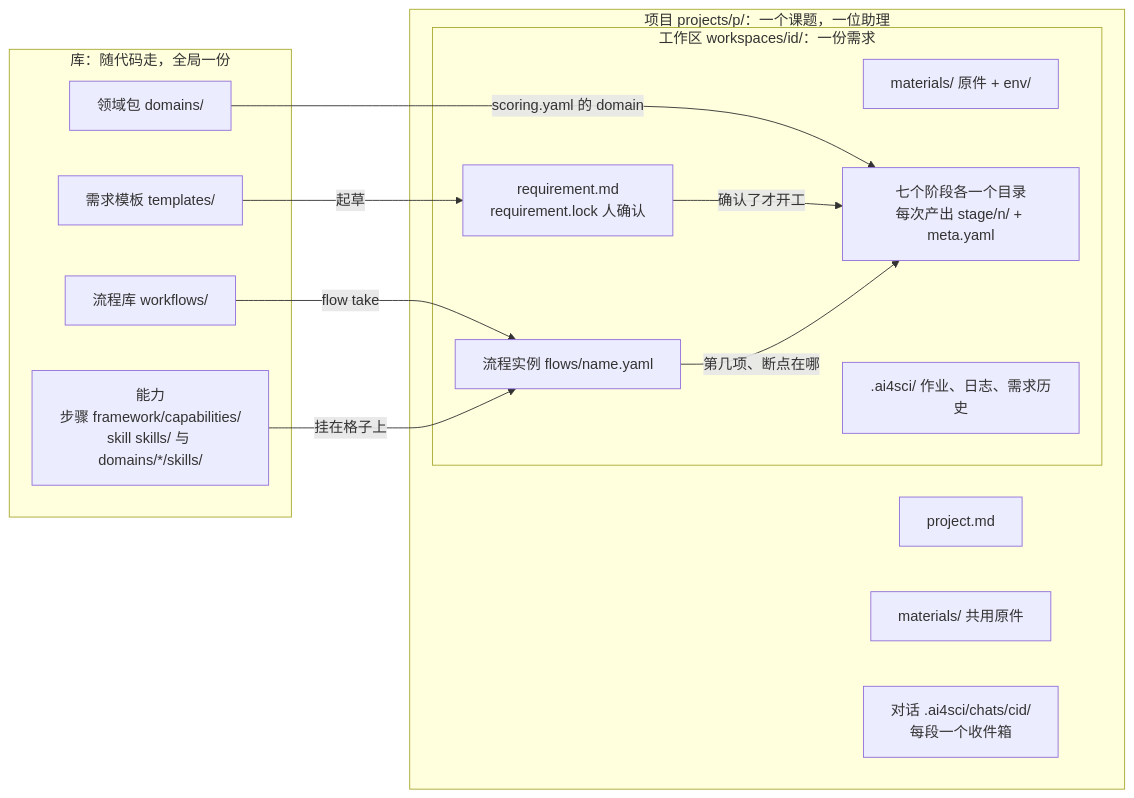
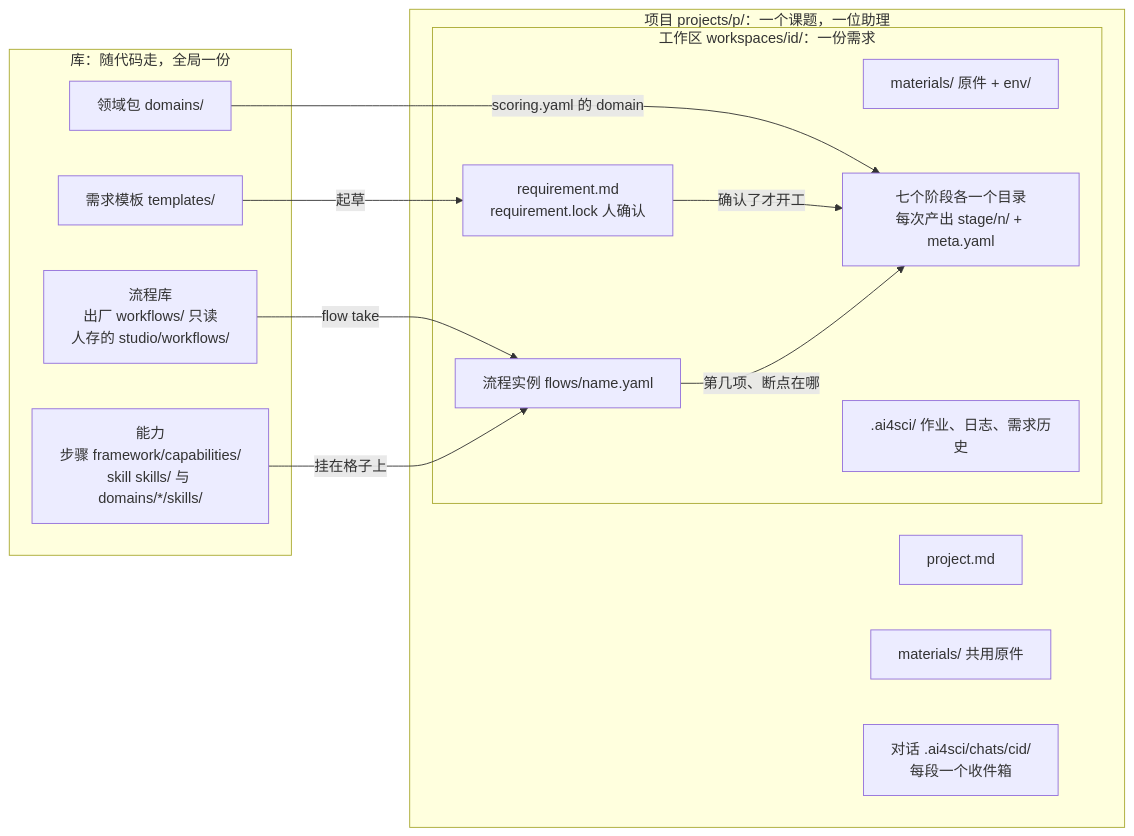
The second of 3 diagrams in docs/architecture/README.md (zephyr4123/TJU-AI4Science), drawn with Mermaid before and after one commit. The commit also changed other lines of this file and 2 other files, not shown here.

Commit message:
纲领 P-15 / P-16 与 workflow.md：流程库分出厂的（workflows/ 只读）与人存的（数据根 studio/workflows/）两层，流程助理只写后者；存放树与分权一节同步，CHANGELOG（#149）

````diff
--- a/docs/architecture/README.md
+++ b/docs/architecture/README.md
@@ -80,27 +80,27 @@
 ```mermaid
 flowchart LR
   subgraph LIB["库：随代码走，全局一份"]
     CAP["能力<br/>步骤 framework/capabilities/<br/>skill skills/ 与 domains/*/skills/"]
-    WF["流程库 workflows/"]
+    WF["流程库<br/>出厂 workflows/ 只读<br/>人存的 studio/workflows/"]
     TPL["需求模板 templates/"]
     DOM["领域包 domains/"]
   end
   subgraph PRJ["项目 projects/p/：一个课题，一位助理"]
     GOAL["project.md"]
     SHARED["materials/ 共用原件"]
     CHAT["对话 .ai4sci/chats/cid/<br/>每段一个收件箱"]
     subgraph WS["工作区 workspaces/id/：一份需求"]
       REQ["requirement.md<br/>requirement.lock 人确认"]
       MAT["materials/ 原件 + env/"]
       FLOW["流程实例 flows/name.yaml"]
       OUT["七个阶段各一个目录<br/>每次产出 stage/n/ + meta.yaml"]
       REC[".ai4sci/ 作业、日志、需求历史"]
     end
   end
   WF -- "flow take" --> FLOW
   CAP -- "挂在格子上" --> FLOW
   TPL -- "起草" --> REQ
   DOM -- "scoring.yaml 的 domain" --> OUT
   REQ -- "确认了才开工" --> OUT
   FLOW -- "第几项、断点在哪" --> OUT
 ```
````
